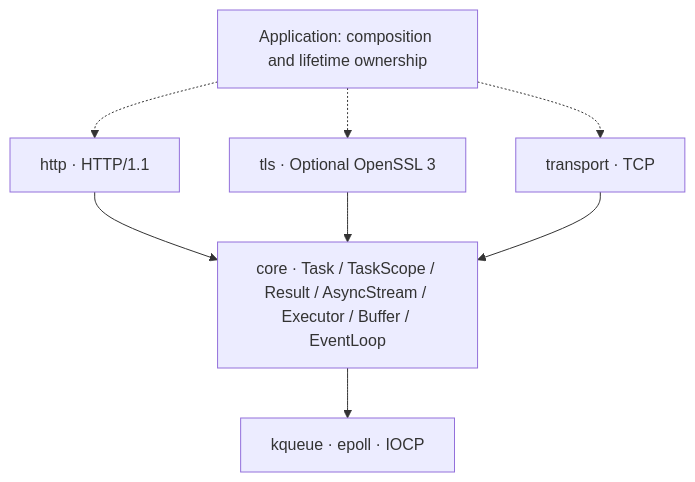
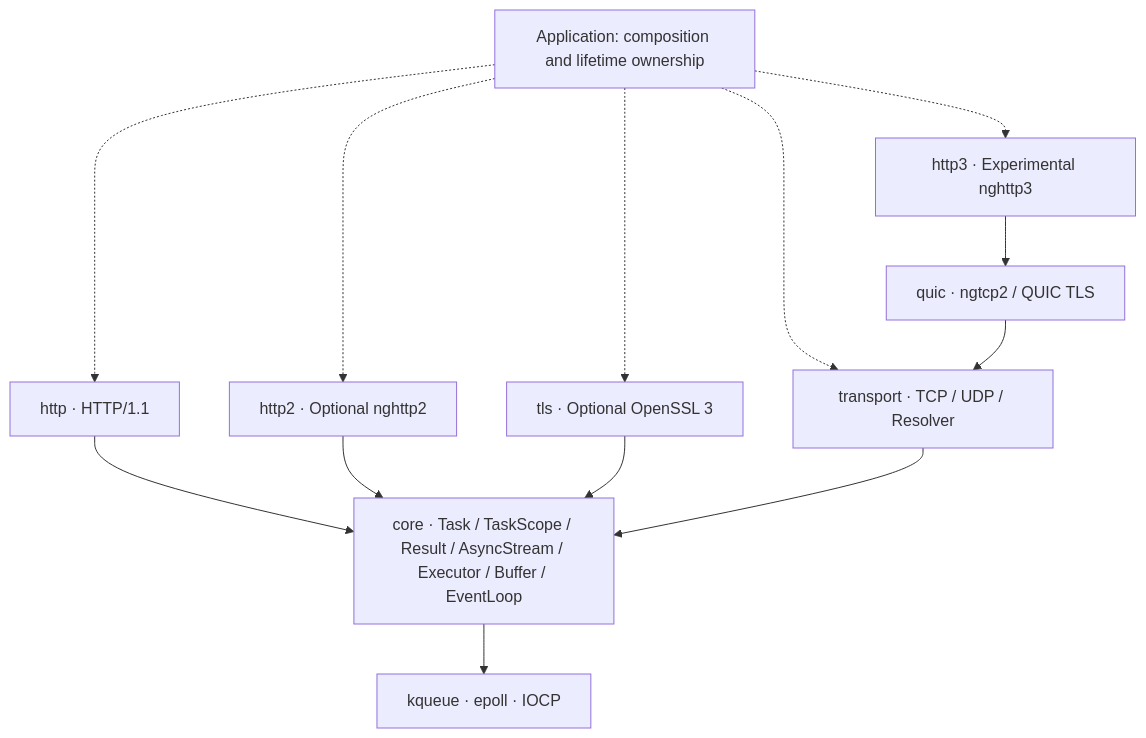
One commit to dqsjqian/continuo changed the diagram in README.en.md. Above: the diagram before and after it, drawn with Mermaid. The commit also changed other lines of this file and 67 other files, not shown here.

First line of the commit message:
Add UDP, async resolver, HTTP/1 client, HTTP/2 and experimental QUIC/HTTP/3

````diff
--- a/README.en.md
+++ b/README.en.md
@@ -33,11 +33,16 @@
 ```mermaid
 flowchart TB
     App[Application: composition and lifetime ownership]
     App -.-> HTTP[http · HTTP/1.1]
     App -.-> TLS[tls · Optional OpenSSL 3]
-    App -.-> TCP[transport · TCP]
+    App -.-> TCP[transport · TCP / UDP / Resolver]
+    App -.-> H2[http2 · Optional nghttp2]
+    App -.-> H3[http3 · Experimental nghttp3]
     HTTP --> Core[core · Task / TaskScope / Result / AsyncStream / Executor / Buffer / EventLoop]
+    H2 --> Core
+    H3 --> QUIC[quic · ngtcp2 / QUIC TLS]
+    QUIC --> TCP
     TLS --> Core
     TCP --> Core
     Core --> Backends[kqueue · epoll · IOCP]
 ```
````
